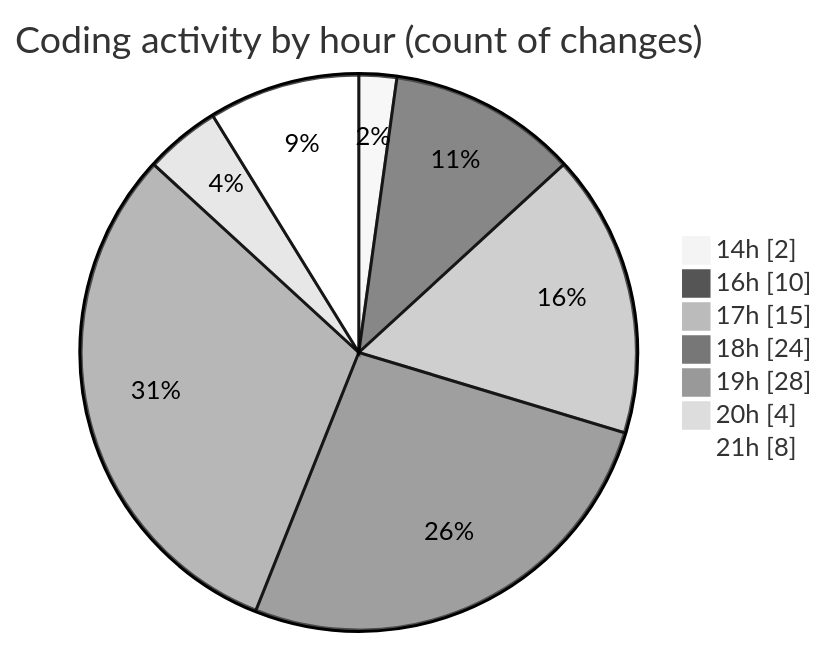
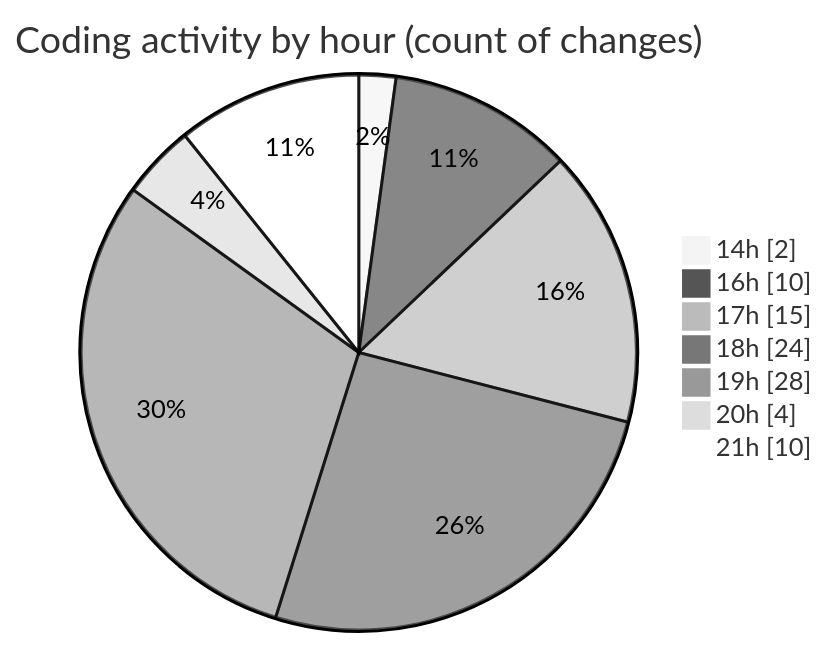
The second of 2 diagrams in 2025-06-18/scopesketch-app/README.md (Ritupan-Deka/code-tracking), drawn with Mermaid (neutral theme) before and after one commit. The commit also changed other lines of this file and 1 other file, not shown here.

````diff
--- a/2025-06-18/scopesketch-app/README.md
+++ b/2025-06-18/scopesketch-app/README.md
@@ -45,11 +45,11 @@
 ```mermaid
 pie showData
 title Coding activity by hour (count of changes)
 "14h" : 2
 "16h" : 10
 "17h" : 15
 "18h" : 24
 "19h" : 28
 "20h" : 4
-"21h" : 8
+"21h" : 10
 ```
````
